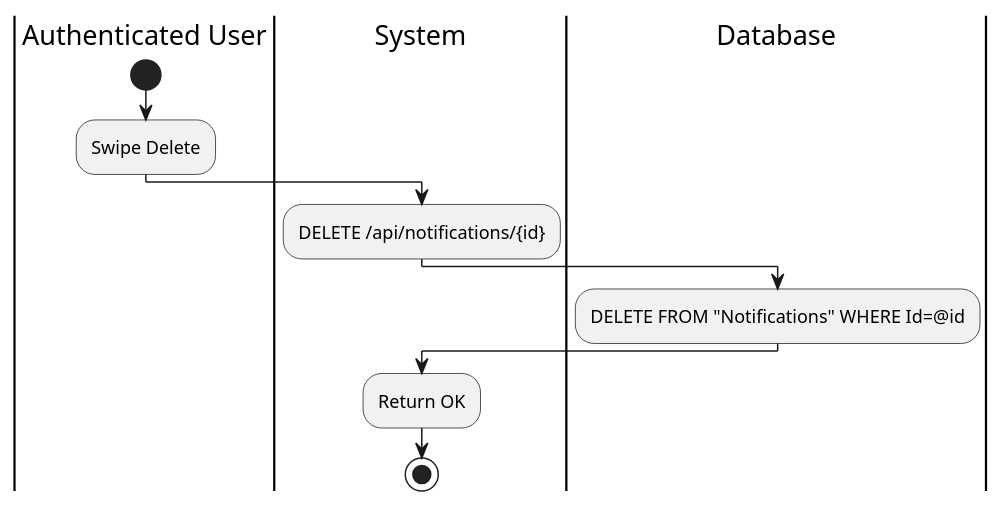
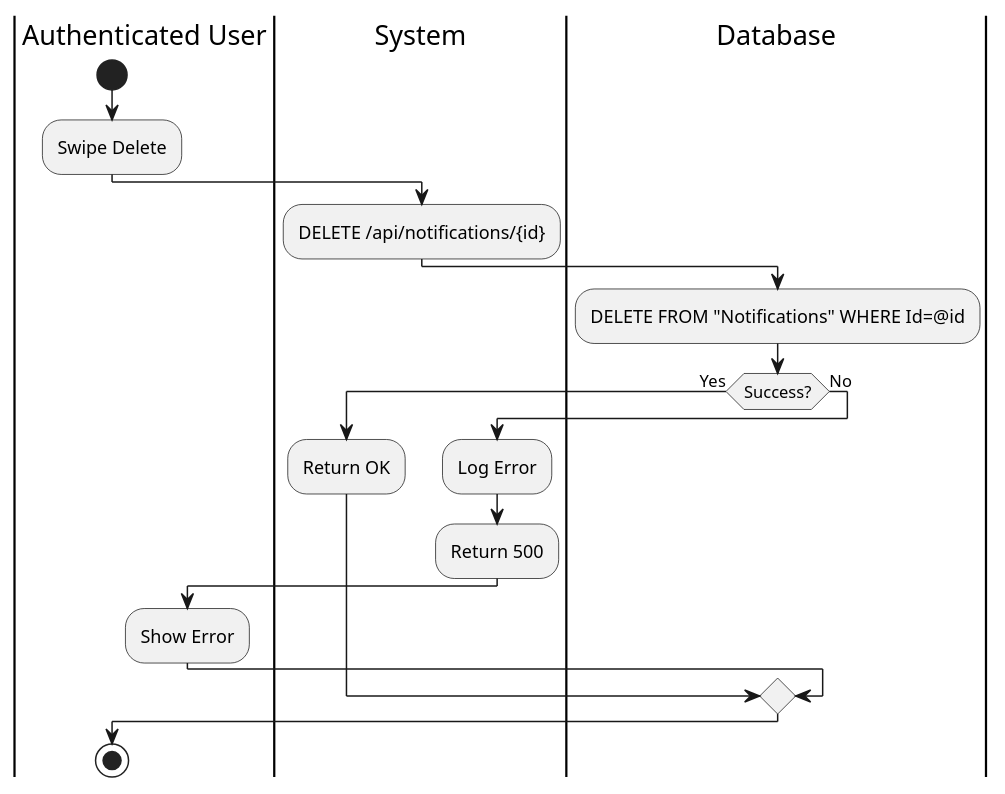
Before and after one commit to I-Love-U-3000/Favi-BE: the seventh of 10 diagrams in UC_2.1.8_Monitor_Notification.md, drawn with PlantUML. The commit also changed other lines of this file and 4 other files, not shown here.

````diff
--- a/UC_2.1.8_Monitor_Notification.md
+++ b/UC_2.1.8_Monitor_Notification.md
@@ -281,14 +281,22 @@
 ```plantuml
 @startuml
 |Authenticated User|
 start
 :Swipe Delete;
 |System|
 :DELETE /api/notifications/{id};
 |Database|
 :DELETE FROM "Notifications" WHERE Id=@id;
-|System|
-:Return OK;
+if (Success?) then (Yes)
+  |System|
+  :Return OK;
+else (No)
+  |System|
+  :Log Error;
+  :Return 500;
+  |Authenticated User|
+  :Show Error;
+endif
 stop
 @enduml
 ```
````
